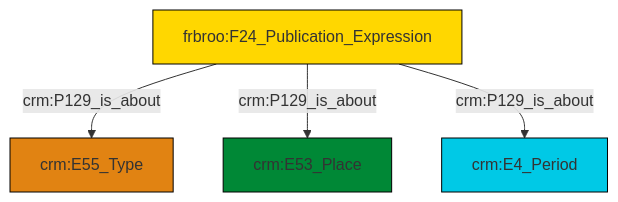
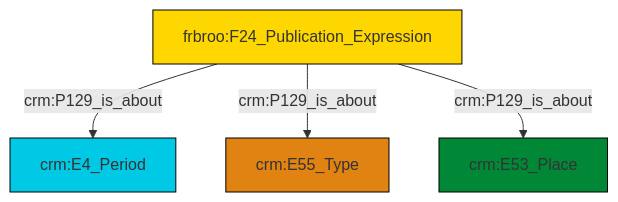
One commit to swiss-art-research-net/reference-data-models changed the diagram in et/biblioCSV/ttl/mmd/biblio_aboutness.ttl.mmd. Above: the diagram before and after it, drawn with Mermaid. The commit also changed 131 other files, not shown here.

```diff
--- a/et/biblioCSV/ttl/mmd/biblio_aboutness.ttl.mmd
+++ b/et/biblioCSV/ttl/mmd/biblio_aboutness.ttl.mmd
@@ -1,18 +1,18 @@
 graph TD
 classDef Literal fill:#f2f2f2,stroke:#000000;
 classDef CRM_Entity fill:#FFFFFF,stroke:#000000;
 classDef Temporal_Entity fill:#00C9E6, stroke:#000000;
 classDef Type fill:#E18312, stroke:#000000;
 classDef Time-Span fill:#2C9C91, stroke:#000000;
 classDef Appellation fill:#FFEB7F, stroke:#000000;
 classDef Place fill:#008836, stroke:#000000;
 classDef Persistent_Item fill:#B266B2, stroke:#000000;
 classDef Conceptual_Object fill:#FFD700, stroke:#000000;
 classDef Physical_Thing fill:#D2B48C, stroke:#000000;
 classDef Actor fill:#f58aad, stroke:#000000;
 classDef PC_Classes fill:#4ce600, stroke:#000000;
 classDef Multi fill:#cccccc,stroke:#000000;
 
-4["frbroo:F24_Publication_Expression"]:::Conceptual_Object -->|crm:P129_is_about| 2["crm:E55_Type"]:::Type
-4["frbroo:F24_Publication_Expression"]:::Conceptual_Object -->|crm:P129_is_about| 0["crm:E53_Place"]:::Place
-4["frbroo:F24_Publication_Expression"]:::Conceptual_Object -->|crm:P129_is_about| 6["crm:E4_Period"]:::Temporal_Entity
+0["frbroo:F24_Publication_Expression"]:::Conceptual_Object -->|crm:P129_is_about| 1["crm:E4_Period"]:::Temporal_Entity
+0["frbroo:F24_Publication_Expression"]:::Conceptual_Object -->|crm:P129_is_about| 2["crm:E55_Type"]:::Type
+0["frbroo:F24_Publication_Expression"]:::Conceptual_Object -->|crm:P129_is_about| 3["crm:E53_Place"]:::Place
```
